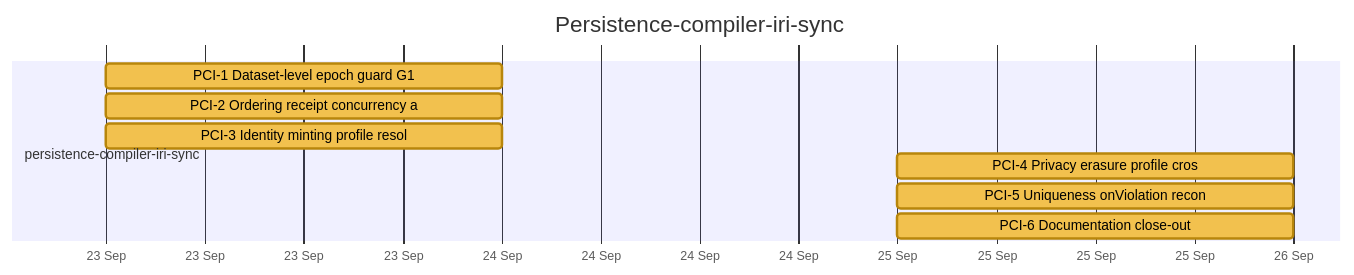
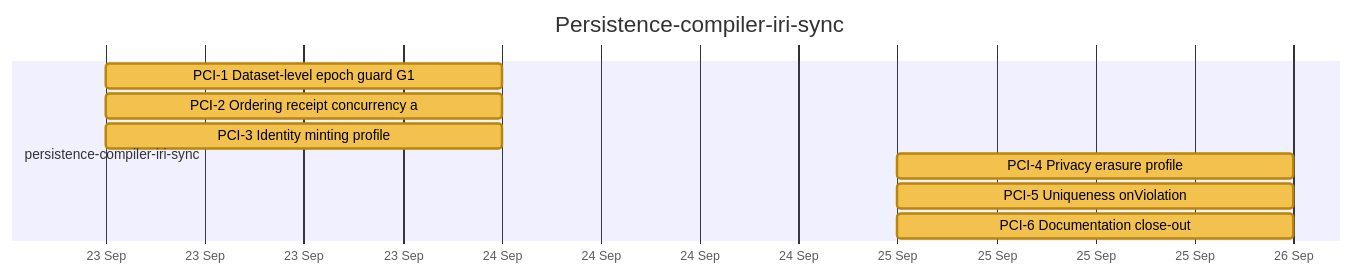
The tenth of 26 diagrams in docs/developer/ROADMAP.md (nebularis/lattice), drawn with Mermaid before and after one commit. The commit also changed other lines of this file and 126 other files, not shown here.

````diff
--- a/docs/developer/ROADMAP.md
+++ b/docs/developer/ROADMAP.md
@@ -337,14 +338,14 @@
 ```mermaid
 %%{init: {"themeVariables": {"taskBkgColor": "#f2c14e", "taskBorderColor": "#b8860b", "taskTextColor": "#000000", "activeTaskBkgColor": "#4e9af1", "activeTaskBorderColor": "#1f5fbf", "activeTaskBorderColor": "#1f5fbf", "doneTaskBkgColor": "#8fcf8f", "doneTaskBorderColor": "#2f7d32", "critBkgColor": "#f28b82", "critBorderColor": "#b23a30", "taskTextDarkColor": "#000000", "taskTextLightColor": "#000000"}}}%%
 gantt
     title Persistence-compiler-iri-sync
     dateFormat YYYY-MM-DD
     axisFormat %d %b
     section persistence-compiler-iri-sync
     PCI-1 Dataset-level epoch guard G1 :pci1, 2026-09-23, 2026-09-24
     PCI-2 Ordering receipt concurrency a :pci2, 2026-09-23, 2026-09-24
-    PCI-3 Identity minting profile resol :pci3, 2026-09-23, 2026-09-24
-    PCI-4 Privacy erasure profile cros :pci4, 2026-09-25, 2026-09-26
-    PCI-5 Uniqueness onViolation recon :pci5, 2026-09-25, 2026-09-26
+    PCI-3 Identity minting profile :pci3, 2026-09-23, 2026-09-24
+    PCI-4 Privacy erasure profile :pci4, 2026-09-25, 2026-09-26
+    PCI-5 Uniqueness onViolation :pci5, 2026-09-25, 2026-09-26
     PCI-6 Documentation close-out :pci6, 2026-09-25, 2026-09-26
 ```
````
